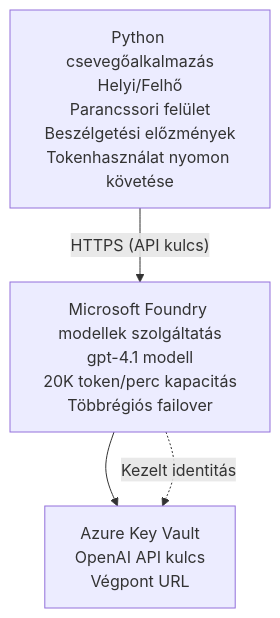
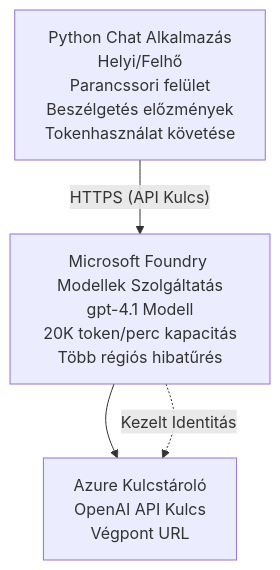
One commit to microsoft/AZD-for-beginners changed the diagram in translations/hu/examples/azure-openai-chat/README.md. Above: the diagram before and after it, drawn with Mermaid. The commit also changed other lines of this file and 104 other files, not shown here.

````diff
--- a/translations/hu/examples/azure-openai-chat/README.md
+++ b/translations/hu/examples/azure-openai-chat/README.md
@@ -26,6 +26,6 @@
 ```mermaid
 graph TD
-    App[Python csevegőalkalmazás<br/>Helyi/Felhő<br/>Parancssori felület<br/>Beszélgetési előzmények<br/>Tokenhasználat nyomon követése] -- "HTTPS (API kulcs)" --> Foundry[Microsoft Foundry modellek szolgáltatás<br/>gpt-4.1 modell<br/>20K token/perc kapacitás<br/>Többrégiós failover]
-    Foundry --> KV[Azure Key Vault<br/>OpenAI API kulcs<br/>Végpont URL]
-    Foundry -. Kezelt identitás .-> KV
+    App[Python Chat Alkalmazás<br/>Helyi/Felhő<br/>Parancssori felület<br/>Beszélgetés előzmények<br/>Tokenhasználat követése] -- "HTTPS (API Kulcs)" --> Foundry[Microsoft Foundry Modellek Szolgáltatás<br/>gpt-4.1 Modell<br/>20K token/perc kapacitás<br/>Több régiós hibatűrés]
+    Foundry --> KV[Azure Kulcstároló<br/>OpenAI API Kulcs<br/>Végpont URL]
+    Foundry -. Kezelt Identitás .-> KV
 ```
````
